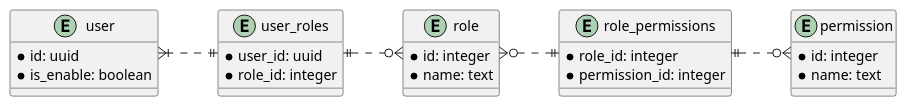
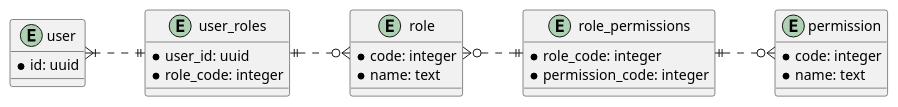
One commit to Nike073i/road-safety changed the diagram in docs/design/entity-relationships/users.puml. Above: the diagram before and after it, drawn with PlantUML. The commit also changed 1 other file, not shown here.

Commit message:
chg: Исправление типов и переименование полей в диаграммах users
Удалено поле is_enable

```diff
--- a/docs/design/entity-relationships/users.puml
+++ b/docs/design/entity-relationships/users.puml
@@ -1,36 +1,35 @@
 @startuml users
 left to right direction
 
 entity user {
     *id: uuid
-    *is_enable: boolean
 }
 
 entity role {
-    *id: integer
+    *code: integer
     *name: text
 }
 
 entity user_roles {
     *user_id: uuid
-    *role_id: integer
+    *role_code: integer
 }
 
 entity permission {
-    *id: integer
+    *code: integer
     *name: text
 }
 
 entity role_permissions {
-    *role_id: integer
-    *permission_id: integer
+    *role_code: integer
+    *permission_code: integer
 }
 
 user }|..|| user_roles
 user_roles ||..o{ role
 
 role }o..|| role_permissions
 role_permissions ||..o{ permission
 
 
 @enduml
```
